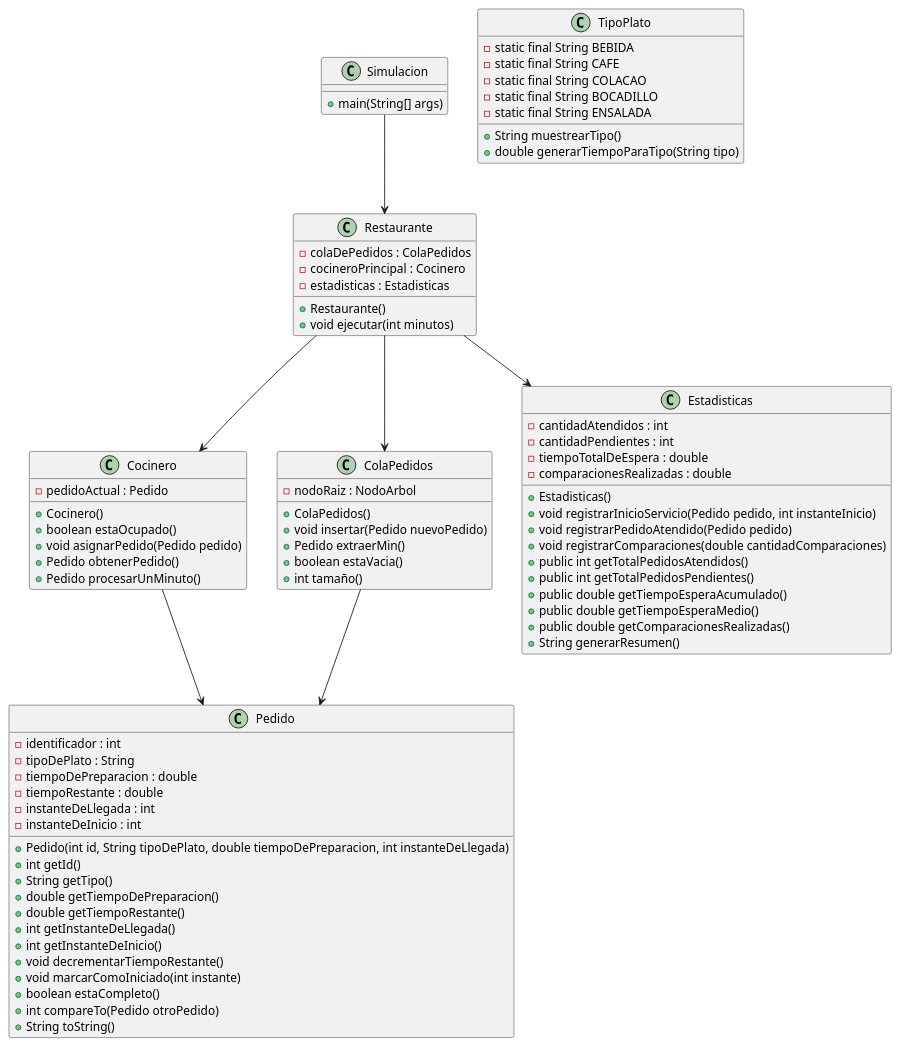
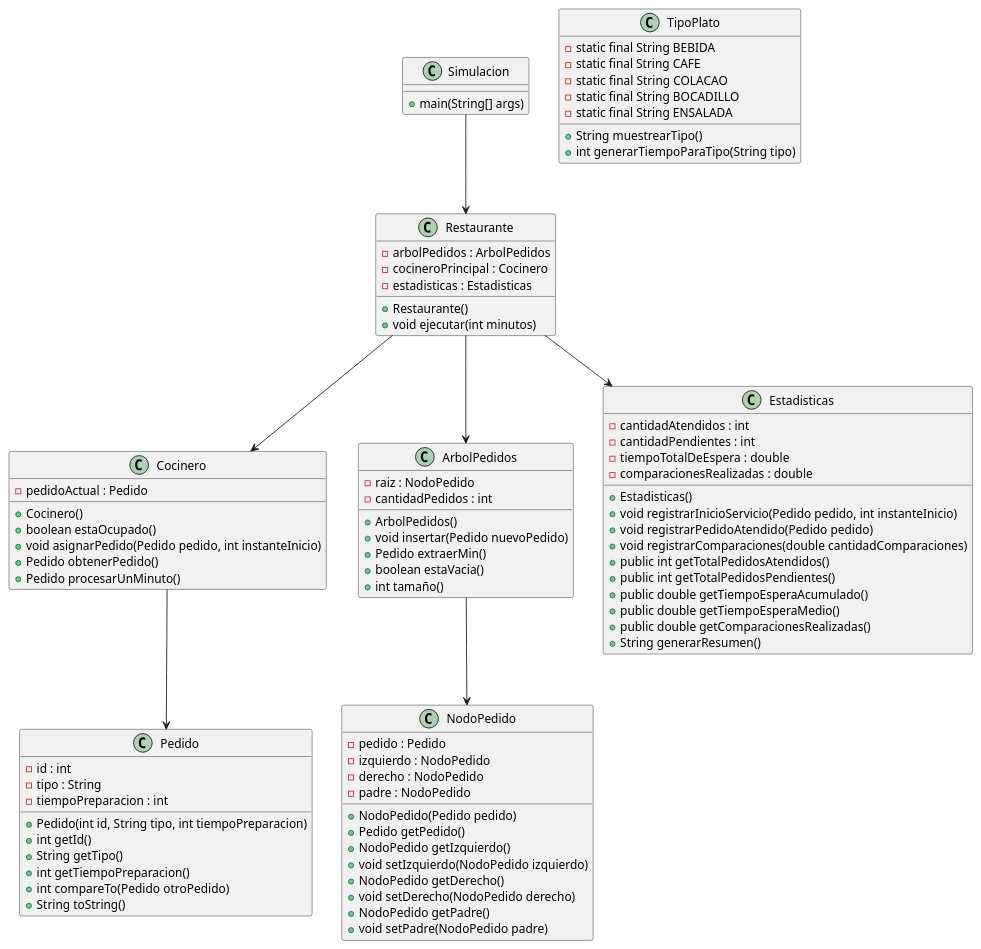
The diagram in entregas/doaltoBienvenido/documentosUML/EsquemaCocina.puml (mmasias/25-26-EDA1), drawn with PlantUML before and after one commit. The commit also changed 3 other files, not shown here.

```diff
--- a/entregas/doaltoBienvenido/documentosUML/EsquemaCocina.puml
+++ b/entregas/doaltoBienvenido/documentosUML/EsquemaCocina.puml
@@ -1,93 +1,100 @@
 @startuml Esquema
 
 ' ========================================
 ' Diagrama de clases Sistema de Cocina
 ' Implementación con Árbol Binario para ColaPedidos (SPT)
 ' ========================================
 
 class Simulacion {
     +main(String[] args)
 }
 
 class Restaurante {
-    -colaDePedidos : ColaPedidos
+    -arbolPedidos : ArbolPedidos
     -cocineroPrincipal : Cocinero
     -estadisticas : Estadisticas
     +Restaurante()
     +void ejecutar(int minutos)
 }
 
 class Cocinero {
     -pedidoActual : Pedido
     +Cocinero()
     +boolean estaOcupado()
-    +void asignarPedido(Pedido pedido)
+    +void asignarPedido(Pedido pedido, int instanteInicio)
     +Pedido obtenerPedido()
     +Pedido procesarUnMinuto()
 }
 
-class ColaPedidos {
-    -nodoRaiz : NodoArbol
-    +ColaPedidos()
+class ArbolPedidos {
+    -raiz : NodoPedido
+    -cantidadPedidos : int
+    +ArbolPedidos()
     +void insertar(Pedido nuevoPedido)
     +Pedido extraerMin()
     +boolean estaVacia()
     +int tamaño()
 }
 
+class NodoPedido {
+    -pedido : Pedido
+    -izquierdo : NodoPedido
+    -derecho : NodoPedido
+    -padre : NodoPedido
+    +NodoPedido(Pedido pedido)
+    +Pedido getPedido()
+    +NodoPedido getIzquierdo()
+    +void setIzquierdo(NodoPedido izquierdo)
+    +NodoPedido getDerecho()
+    +void setDerecho(NodoPedido derecho)
+    +NodoPedido getPadre()
+    +void setPadre(NodoPedido padre)
+}
+
 class Pedido {
-    -identificador : int
-    -tipoDePlato : String
-    -tiempoDePreparacion : double
-    -tiempoRestante : double
-    -instanteDeLlegada : int
-    -instanteDeInicio : int
-    +Pedido(int id, String tipoDePlato, double tiempoDePreparacion, int instanteDeLlegada)
+    -id : int
+    -tipo : String
+    -tiempoPreparacion : int
+    +Pedido(int id, String tipo, int tiempoPreparacion)
     +int getId()
     +String getTipo()
-    +double getTiempoDePreparacion()
-    +double getTiempoRestante()
-    +int getInstanteDeLlegada()
-    +int getInstanteDeInicio()
-    +void decrementarTiempoRestante()
-    +void marcarComoIniciado(int instante)
-    +boolean estaCompleto()
+    +int getTiempoPreparacion()
     +int compareTo(Pedido otroPedido)
     +String toString()
 }
 
 class Estadisticas {
     -cantidadAtendidos : int
     -cantidadPendientes : int
     -tiempoTotalDeEspera : double
     -comparacionesRealizadas : double
     +Estadisticas()
     +void registrarInicioServicio(Pedido pedido, int instanteInicio)
     +void registrarPedidoAtendido(Pedido pedido)
     +void registrarComparaciones(double cantidadComparaciones)
     +public int getTotalPedidosAtendidos() 
     +public int getTotalPedidosPendientes()  
     +public double getTiempoEsperaAcumulado() 
     +public double getTiempoEsperaMedio() 
     +public double getComparacionesRealizadas()  
     +String generarResumen()
 }
 
 class TipoPlato {
     -static final String BEBIDA
     -static final String CAFE
     -static final String COLACAO
     -static final String BOCADILLO
     -static final String ENSALADA
     +String muestrearTipo()
-    +double generarTiempoParaTipo(String tipo)
+    +int generarTiempoParaTipo(String tipo)
 }
 
 Simulacion --> Restaurante
 Restaurante --> Cocinero
-Restaurante --> ColaPedidos
+Restaurante --> ArbolPedidos
 Restaurante --> Estadisticas
-ColaPedidos --> Pedido
+ArbolPedidos --> NodoPedido
 Cocinero --> Pedido
 
 @enduml
```
